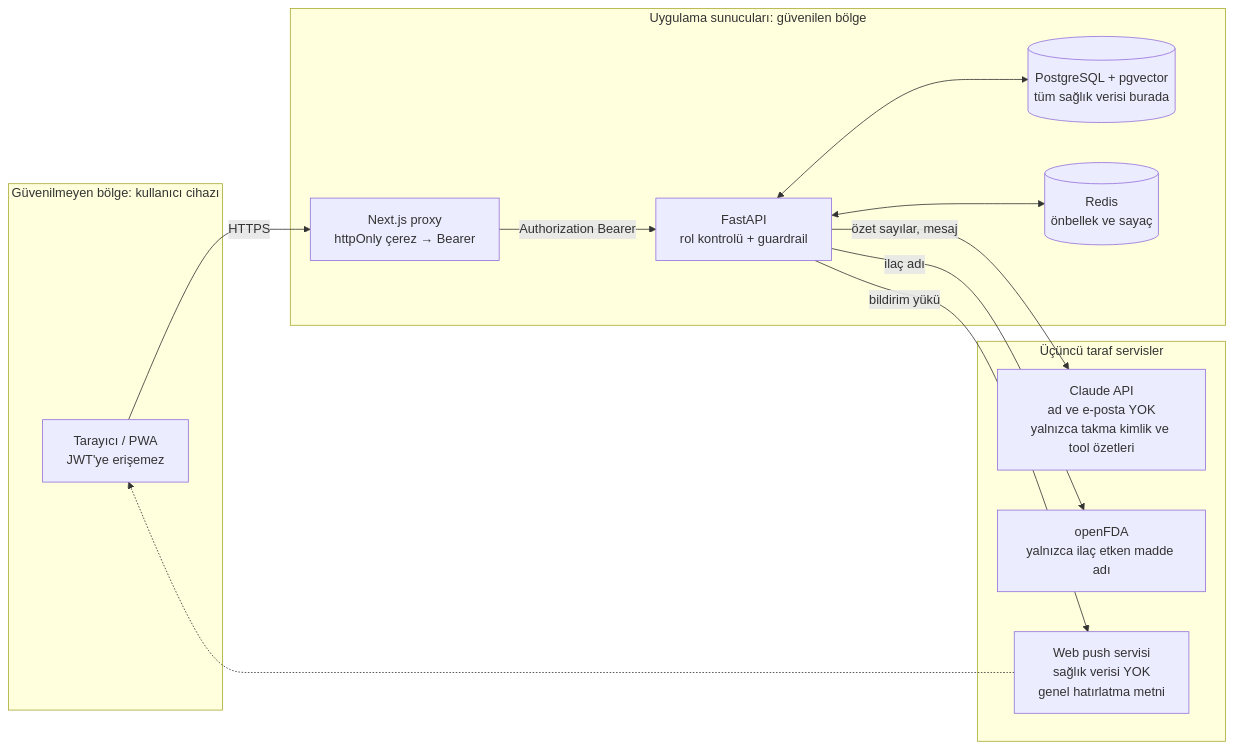
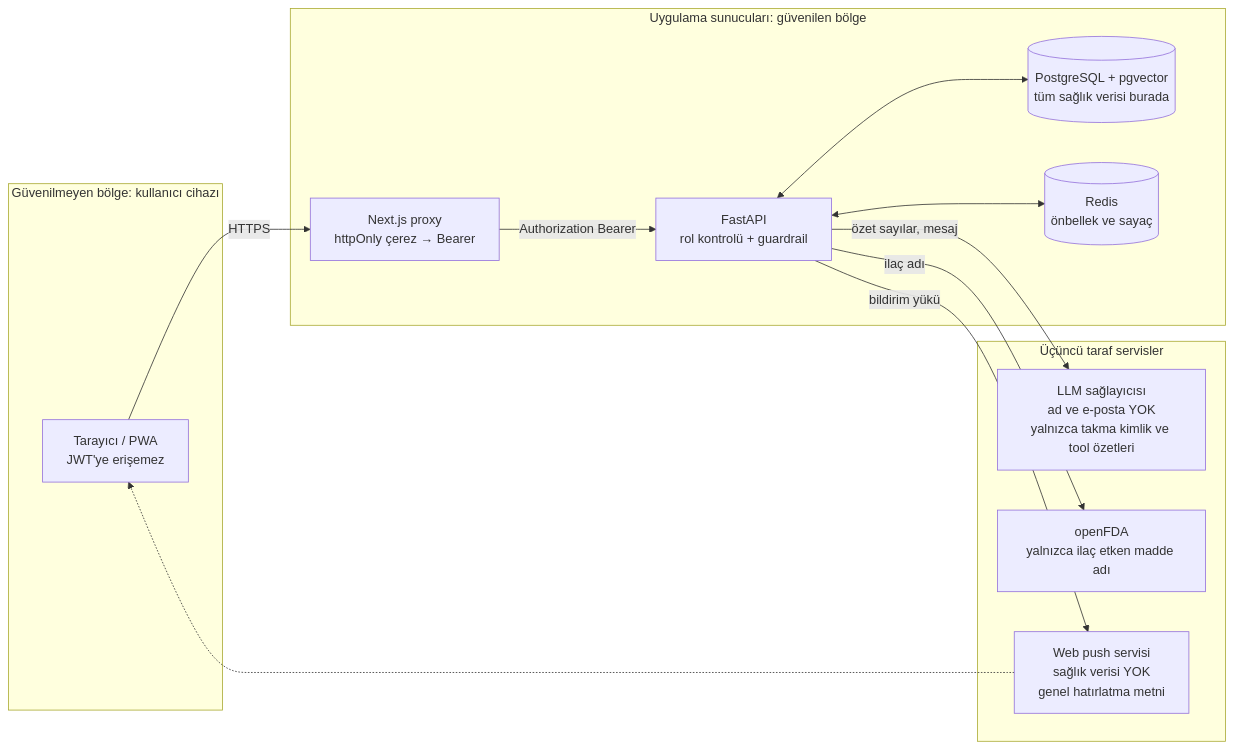
The diagram in docs/M1/03-veri-gizliligi.md (Nisagwn/ilac-uyum-kocu), drawn with Mermaid before and after one commit. The commit also changed other lines of this file and 1 other file, not shown here.

Commit message:
M1: gizlilik belgesine LLM sağlayıcısının veri konumu notu eklendi

````diff
--- a/docs/M1/03-veri-gizliligi.md
+++ b/docs/M1/03-veri-gizliligi.md
@@ -41,25 +42,25 @@
 ```mermaid
 flowchart LR
     subgraph T1["Güvenilmeyen bölge: kullanıcı cihazı"]
         BR["Tarayıcı / PWA<br/>JWT'ye erişemez"]
     end
     subgraph T2["Uygulama sunucuları: güvenilen bölge"]
         PX["Next.js proxy<br/>httpOnly çerez → Bearer"]
         API["FastAPI<br/>rol kontrolü + guardrail"]
         DB[("PostgreSQL + pgvector<br/>tüm sağlık verisi burada")]
         RD[("Redis<br/>önbellek ve sayaç")]
     end
     subgraph T3["Üçüncü taraf servisler"]
-        LLM["Claude API<br/>ad ve e-posta YOK<br/>yalnızca takma kimlik ve tool özetleri"]
+        LLM["LLM sağlayıcısı<br/>ad ve e-posta YOK<br/>yalnızca takma kimlik ve tool özetleri"]
         FDA["openFDA<br/>yalnızca ilaç etken madde adı"]
         PUSH["Web push servisi<br/>sağlık verisi YOK<br/>genel hatırlatma metni"]
     end
     BR -- "HTTPS" --> PX
     PX -- "Authorization Bearer" --> API
     API <--> DB
     API <--> RD
     API -- "özet sayılar, mesaj" --> LLM
     API -- "ilaç adı" --> FDA
     API -- "bildirim yükü" --> PUSH
     PUSH -.-> BR
 ```
````
